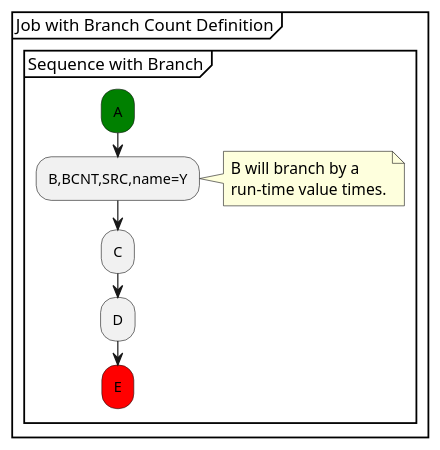
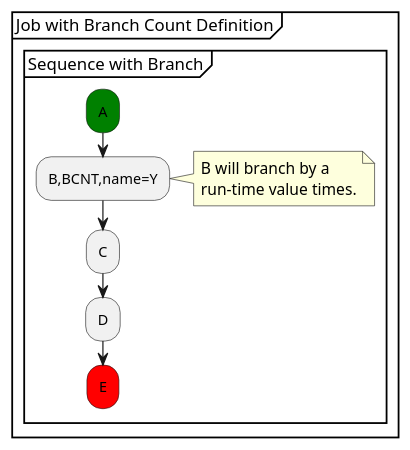
One commit to xtuml/munin changed the diagram in models/SequenceVerificationDataCentric/puml/Tutorial_16.puml. Above: the diagram before and after it, drawn with PlantUML. The commit also changed 5 other files, not shown here.

```diff
--- a/models/SequenceVerificationDataCentric/puml/Tutorial_16.puml
+++ b/models/SequenceVerificationDataCentric/puml/Tutorial_16.puml
@@ -7,15 +7,15 @@
 @startuml 
 partition "Job with Branch Count Definition" {
   group "Sequence with Branch"
       #green:A;
-      :B,BCNT,SRC,name=Y;
+      :B,BCNT,name=Y;
       note right 
         B will branch by a
         run-time value times.
       end note
       :C;
       :D;
       #red:E;
   end group
 }
 @enduml
```
